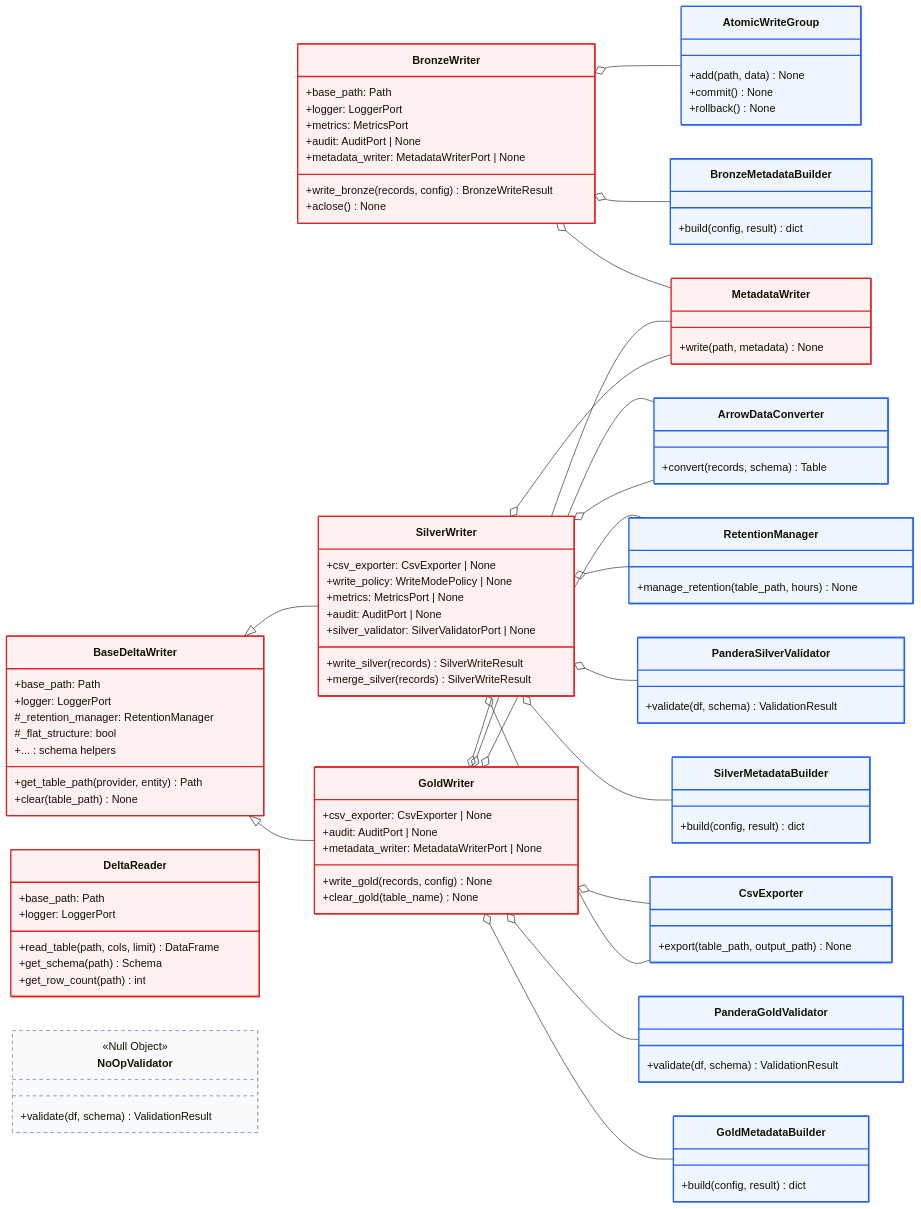
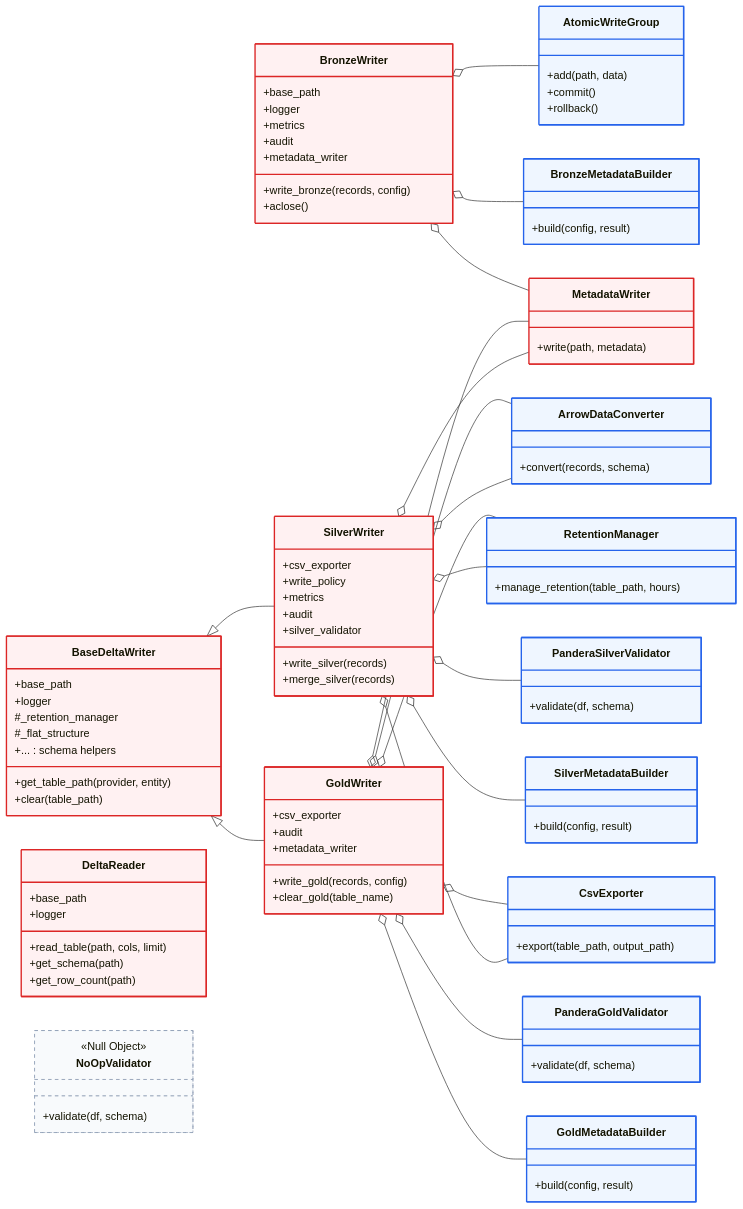
The diagram in docs/02-architecture/mmd-diagrams/class-diagrams/11-storage.mmd (SatoryKono/BioactivityDataAcquisition), drawn with Mermaid before and after one commit. The commit also changed 33 other files, not shown here.

```diff
--- a/docs/02-architecture/mmd-diagrams/class-diagrams/11-storage.mmd
+++ b/docs/02-architecture/mmd-diagrams/class-diagrams/11-storage.mmd
@@ -1,140 +1,140 @@
 %% BioETL — Class Diagram: Storage Components
 %% Bronze/Silver/Gold writers and supporting classes.
 
 %% @version 1.1.0
 %% @date    2026-03-01
 %% @type    classDiagram
 %% @level   Class / Interface
 %% @uniform class width=240 height=156 max_title_len=22 max_desc_lines=6
 
 classDiagram
     direction LR
     class BaseDeltaWriter {
-        +base_path: Path
-        +logger: LoggerPort
-        #_retention_manager: RetentionManager
-        #_flat_structure: bool
-        +get_table_path(provider, entity) Path
-        +clear(table_path) None
+        +base_path
+        +logger
+        #_retention_manager
+        #_flat_structure
+        +get_table_path(provider, entity)
+        +clear(table_path)
         +... : schema helpers
     }
 
     class BronzeWriter {
-        +base_path: Path
-        +logger: LoggerPort
-        +metrics: MetricsPort
-        +audit: AuditPort | None
-        +metadata_writer: MetadataWriterPort | None
-        +write_bronze(records, config) BronzeWriteResult
-        +aclose() None
+        +base_path
+        +logger
+        +metrics
+        +audit
+        +metadata_writer
+        +write_bronze(records, config)
+        +aclose()
     }
 
     class SilverWriter {
-        +csv_exporter: CsvExporter | None
-        +write_policy: WriteModePolicy | None
-        +metrics: MetricsPort | None
-        +audit: AuditPort | None
-        +silver_validator: SilverValidatorPort | None
-        +write_silver(records) SilverWriteResult
-        +merge_silver(records) SilverWriteResult
+        +csv_exporter
+        +write_policy
+        +metrics
+        +audit
+        +silver_validator
+        +write_silver(records)
+        +merge_silver(records)
     }
 
     class GoldWriter {
-        +csv_exporter: CsvExporter | None
-        +audit: AuditPort | None
-        +metadata_writer: MetadataWriterPort | None
-        +write_gold(records, config) None
-        +clear_gold(table_name) None
+        +csv_exporter
+        +audit
+        +metadata_writer
+        +write_gold(records, config)
+        +clear_gold(table_name)
     }
 
     class DeltaReader {
-        +base_path: Path
-        +logger: LoggerPort
-        +read_table(path, cols, limit) DataFrame
-        +get_schema(path) Schema
-        +get_row_count(path) int
+        +base_path
+        +logger
+        +read_table(path, cols, limit)
+        +get_schema(path)
+        +get_row_count(path)
     }
 
     class ArrowDataConverter {
-        +convert(records, schema) Table
+        +convert(records, schema)
     }
 
     class RetentionManager {
-        +manage_retention(table_path, hours) None
+        +manage_retention(table_path, hours)
     }
 
     class MetadataWriter {
-        +write(path, metadata) None
+        +write(path, metadata)
     }
 
     class BronzeMetadataBuilder {
-        +build(config, result) dict
+        +build(config, result)
     }
 
     class SilverMetadataBuilder {
-        +build(config, result) dict
+        +build(config, result)
     }
 
     class GoldMetadataBuilder {
-        +build(config, result) dict
+        +build(config, result)
     }
 
     class AtomicWriteGroup {
-        +add(path, data) None
-        +commit() None
-        +rollback() None
+        +add(path, data)
+        +commit()
+        +rollback()
     }
 
     class CsvExporter {
-        +export(table_path, output_path) None
+        +export(table_path, output_path)
     }
 
     class PanderaSilverValidator {
-        +validate(df, schema) ValidationResult
+        +validate(df, schema)
     }
 
     class PanderaGoldValidator {
-        +validate(df, schema) ValidationResult
+        +validate(df, schema)
     }
 
     class NoOpValidator {
         <<Null Object>>
-        +validate(df, schema) ValidationResult
+        +validate(df, schema)
     }
 
     BaseDeltaWriter <|-- SilverWriter
     BaseDeltaWriter <|-- GoldWriter
 
     SilverWriter o-- ArrowDataConverter
     GoldWriter o-- ArrowDataConverter
     SilverWriter o-- RetentionManager
     GoldWriter o-- RetentionManager
     SilverWriter o-- MetadataWriter
     GoldWriter o-- MetadataWriter
     SilverWriter o-- CsvExporter
     GoldWriter o-- CsvExporter
     SilverWriter o-- PanderaSilverValidator
     GoldWriter o-- PanderaGoldValidator
 
     BronzeWriter o-- AtomicWriteGroup
     BronzeWriter o-- MetadataWriter
     BronzeWriter o-- BronzeMetadataBuilder
     SilverWriter o-- SilverMetadataBuilder
     GoldWriter o-- GoldMetadataBuilder
 
     style BaseDeltaWriter fill:#fff1f2,stroke:#dc2626,stroke-width:2px
     style BronzeWriter fill:#fff1f2,stroke:#dc2626,stroke-width:2px
     style SilverWriter fill:#fff1f2,stroke:#dc2626,stroke-width:2px
     style GoldWriter fill:#fff1f2,stroke:#dc2626,stroke-width:2px
     style DeltaReader fill:#fff1f2,stroke:#dc2626,stroke-width:2px
     style ArrowDataConverter fill:#eff6ff,stroke:#2563eb,stroke-width:2px
     style RetentionManager fill:#eff6ff,stroke:#2563eb,stroke-width:2px
     style MetadataWriter fill:#fff1f2,stroke:#dc2626,stroke-width:2px
     style BronzeMetadataBuilder fill:#eff6ff,stroke:#2563eb,stroke-width:2px
     style SilverMetadataBuilder fill:#eff6ff,stroke:#2563eb,stroke-width:2px
     style GoldMetadataBuilder fill:#eff6ff,stroke:#2563eb,stroke-width:2px
     style AtomicWriteGroup fill:#eff6ff,stroke:#2563eb,stroke-width:2px
     style CsvExporter fill:#eff6ff,stroke:#2563eb,stroke-width:2px
     style PanderaSilverValidator fill:#eff6ff,stroke:#2563eb,stroke-width:2px
     style PanderaGoldValidator fill:#eff6ff,stroke:#2563eb,stroke-width:2px
     style NoOpValidator fill:#f8fafc,stroke:#94a3b8,stroke-width:1px,stroke-dasharray:5
```
